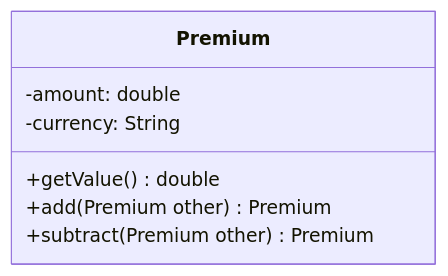
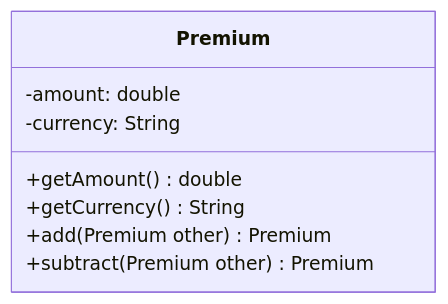
One commit to SirSimon04/clean-car-insurance changed the fourth of 6 diagrams in Autoversicherung.md. Above: the diagram before and after it, drawn with Mermaid. The commit also changed other lines of this file, not shown here.

````diff
--- a/Autoversicherung.md
+++ b/Autoversicherung.md
@@ -213,10 +195,11 @@
 ```mermaid
 classDiagram
 class Premium {
   -amount: double 
   -currency: String 
-  +getValue() double
+  +getAmount() double
+  +getCurrency() String
   +add(Premium other) Premium
   +subtract(Premium other) Premium
 }
 ```
````
